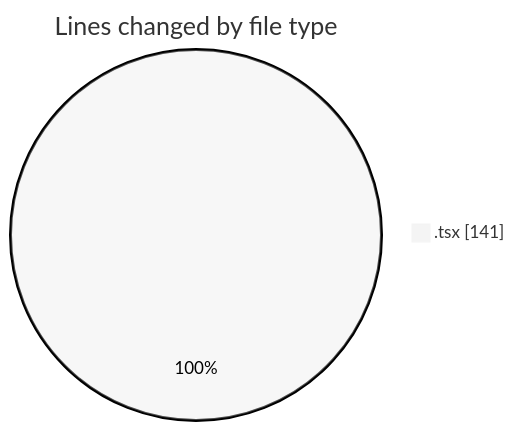
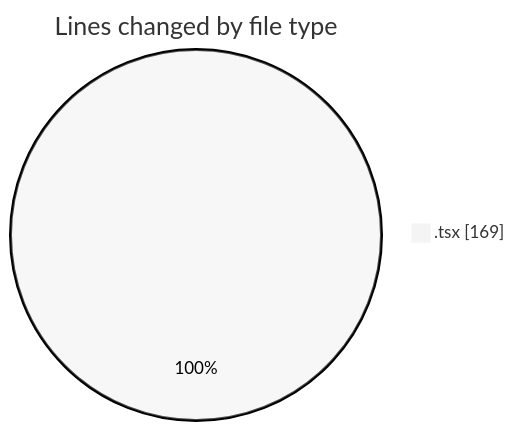
Before and after one commit to momahboobian/code-tracking: the first of 2 diagrams in 2025-06-12/cda/README.md, drawn with Mermaid (neutral theme). The commit also changed other lines of this file and 1 other file, not shown here.

````diff
--- a/2025-06-12/cda/README.md
+++ b/2025-06-12/cda/README.md
@@ -20,5 +20,5 @@
 ```mermaid
 pie showData
 title Lines changed by file type
-".tsx" : 141
+".tsx" : 169
 ```
````
